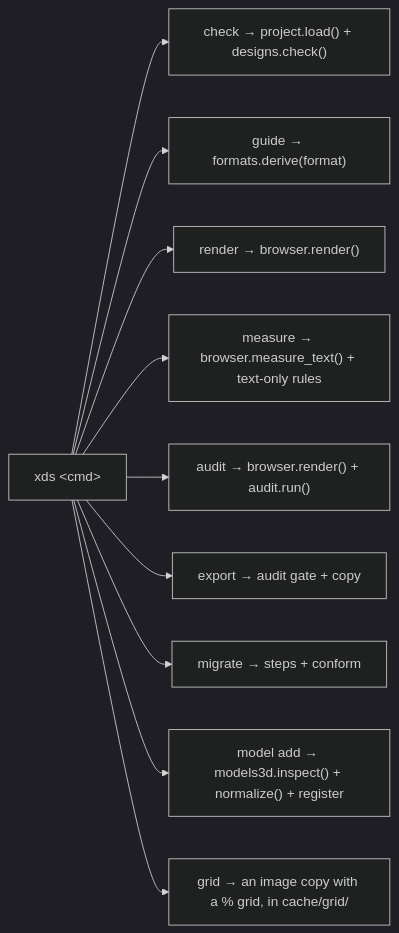
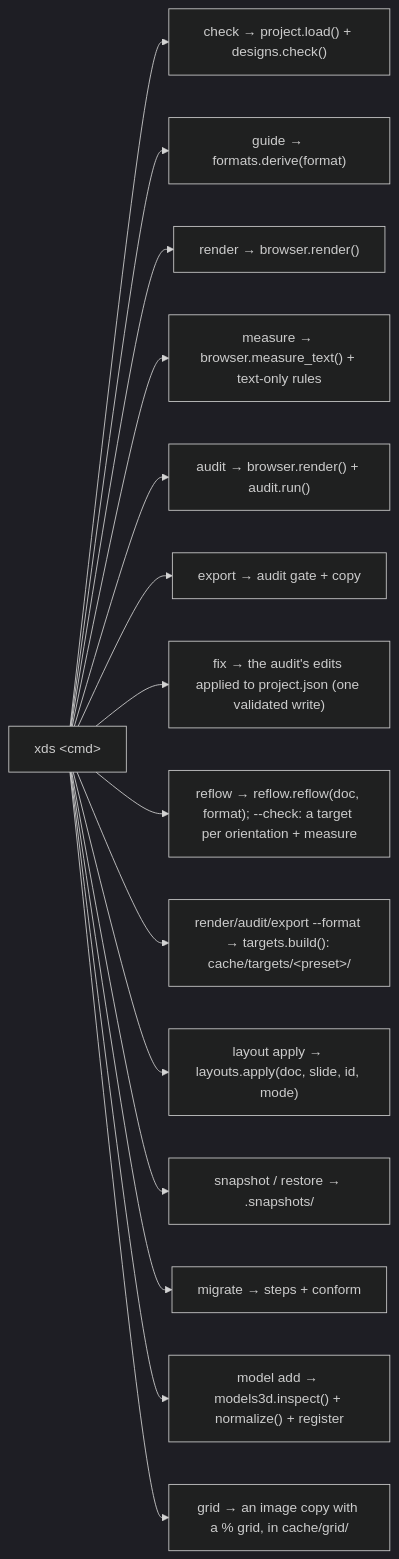
Before and after one commit to AvikArefin/xds: the third of 5 diagrams in docs/dataflow.md, drawn with Mermaid (dark theme). The commit also changed other lines of this file and 8 other files, not shown here.

````diff
--- a/docs/dataflow.md
+++ b/docs/dataflow.md
@@ -126,12 +133,17 @@
 ```mermaid
 flowchart LR
   CLI["xds &lt;cmd&gt;"] --> check["check → project.load() + designs.check()"]
   CLI --> guide["guide → formats.derive(format)"]
   CLI --> render["render → browser.render()"]
   CLI --> measure["measure → browser.measure_text() + text-only rules"]
   CLI --> audit["audit → browser.render() + audit.run()"]
   CLI --> export["export → audit gate + copy"]
+  CLI --> fix["fix → the audit's edits applied to project.json (one validated write)"]
+  CLI --> reflow["reflow → reflow.reflow(doc, format); --check: a target per orientation + measure"]
+  CLI --> target["render/audit/export --format → targets.build(): cache/targets/&lt;preset&gt;/"]
+  CLI --> layout["layout apply → layouts.apply(doc, slide, id, mode)"]
+  CLI --> snap["snapshot / restore → .snapshots/"]
   CLI --> migrate["migrate → steps + conform"]
   CLI --> model["model add → models3d.inspect() + normalize() + register"]
   CLI --> grid["grid → an image copy with a % grid, in cache/grid/"]
 ```
````
